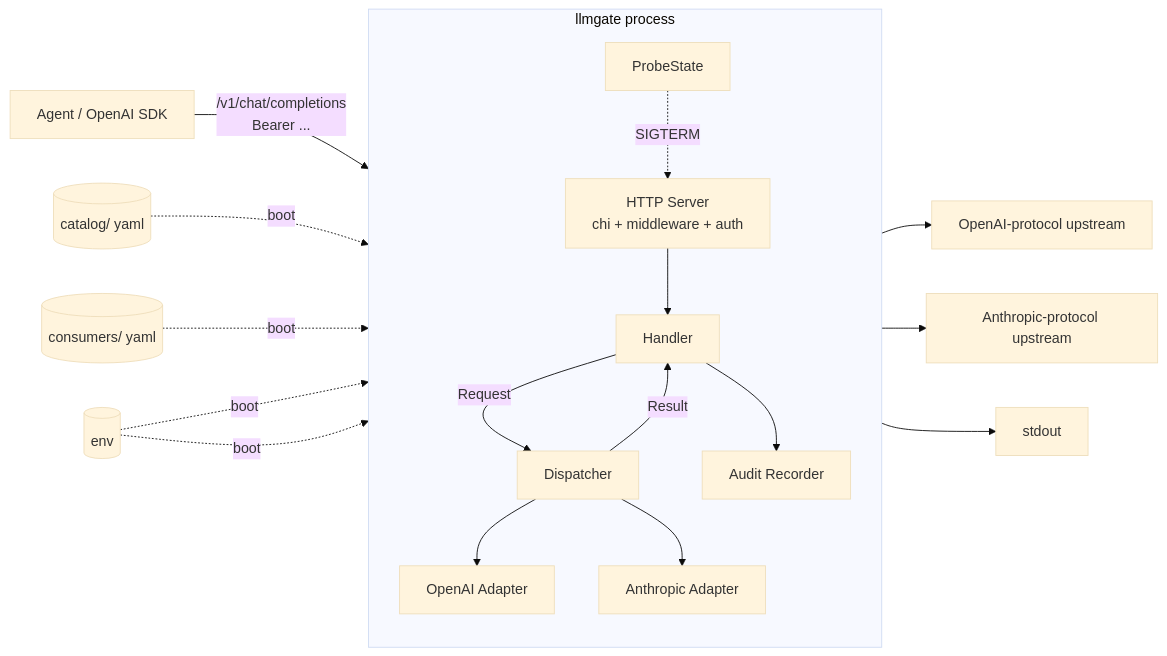
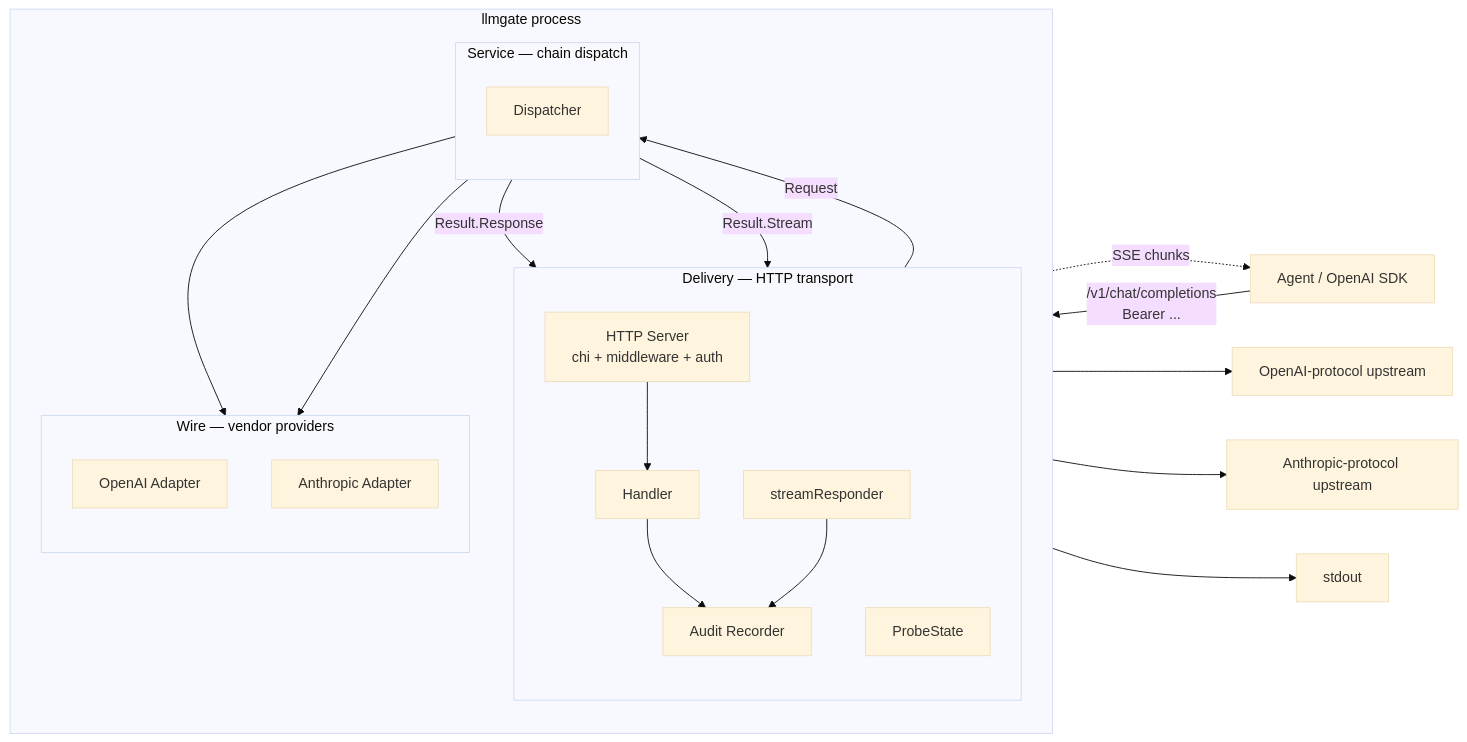
Before and after one commit to cagojeiger/llmgate: the first of 4 diagrams in docs/architecture.md, drawn with Mermaid (base theme). The commit also changed other lines of this file, not shown here.

````diff
--- a/docs/architecture.md
+++ b/docs/architecture.md
@@ -9,39 +13,46 @@
 ```mermaid
 graph LR
     Agent[Agent / OpenAI SDK]
 
     subgraph Gateway[llmgate process]
         direction TB
-        Server["HTTP Server<br/>chi + middleware + auth"]
-        Handler[Handler]
-        Dispatcher[Dispatcher]
-        OAI[OpenAI Adapter]
-        Anth[Anthropic Adapter]
-        Probe[ProbeState]
-        Audit[Audit Recorder]
+
+        subgraph Delivery[Delivery — HTTP transport]
+            direction TB
+            Server["HTTP Server<br/>chi + middleware + auth"]
+            Handler[Handler]
+            StreamResp[streamResponder]
+            Probe[ProbeState]
+            Audit[Audit Recorder]
+        end
+
+        subgraph Service[Service — chain dispatch]
+            direction TB
+            Dispatcher
+        end
+
+        subgraph Wire[Wire — vendor providers]
+            direction TB
+            OAI[OpenAI Adapter]
+            Anth[Anthropic Adapter]
+        end
     end
 
-    Catalog[(catalog/ yaml)]
-    Consumers[(consumers/ yaml)]
-    Env[(env)]
     UpOAI[OpenAI-protocol upstream]
     UpAnth[Anthropic-protocol upstream]
     Sink[stdout]
 
     Agent -->|"/v1/chat/completions<br/>Bearer ..."| Server
     Server --> Handler
     Handler -->|Request| Dispatcher
-    Dispatcher -->|Result| Handler
+    Dispatcher -->|Result.Response| Handler
+    Dispatcher -->|Result.Stream| StreamResp
+    StreamResp -.SSE chunks.-> Agent
     Dispatcher --> OAI
     Dispatcher --> Anth
     OAI --> UpOAI
     Anth --> UpAnth
     Handler --> Audit
+    StreamResp --> Audit
     Audit --> Sink
-
-    Catalog -.boot.-> Dispatcher
-    Consumers -.boot.-> Server
-    Env -.boot.-> Server
-    Env -.boot.-> Dispatcher
-    Probe -.SIGTERM.-> Server
 ```
````
